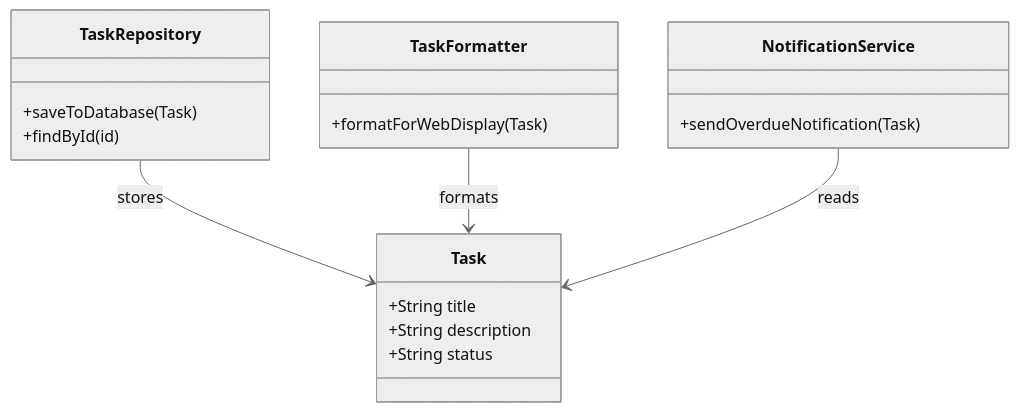
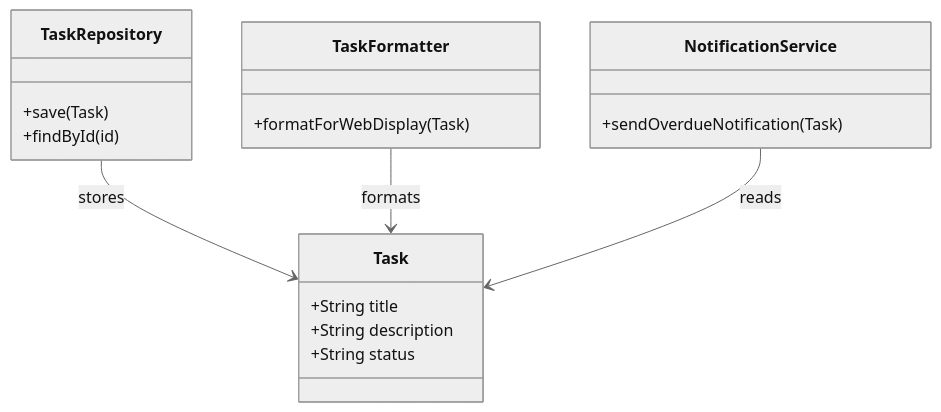
The second of 10 diagrams in docs/level-1/L02.md (suli-g/stratum), drawn with Mermaid (neutral theme) before and after one commit. The commit also changed other lines of this file, not shown here.

````diff
--- a/docs/level-1/L02.md
+++ b/docs/level-1/L02.md
@@ -69,22 +68,22 @@
 ```{mermaid}
 classDiagram
     class Task {
         +String title
         +String description
         +String status
     }
     class TaskRepository {
-        +saveToDatabase(Task)
+        +save(Task)
         +findById(id)
     }
     class TaskFormatter {
         +formatForWebDisplay(Task)
     }
     class NotificationService {
         +sendOverdueNotification(Task)
     }
 
     TaskRepository --> Task : stores
     TaskFormatter --> Task : formats
     NotificationService --> Task : reads
 ```
````
